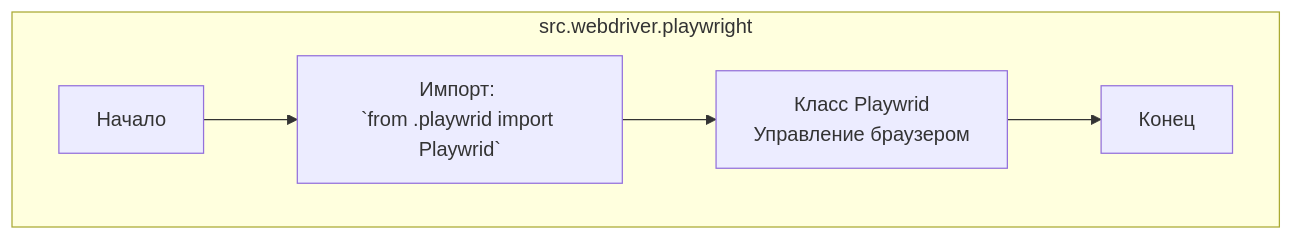
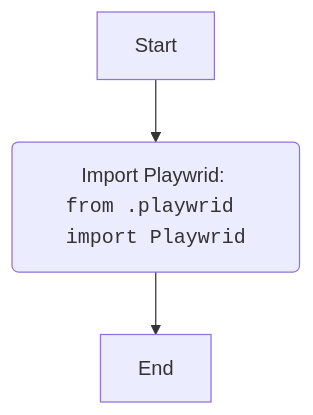
One commit to hypo69/hypo changed the second of 2 diagrams in docs/gemini/ru/explainer/src/webdriver/playwright/__init__.py.md. Above: the diagram before and after it, drawn with Mermaid. The commit also changed other lines of this file and 1505 other files, not shown here.

````diff
--- a/docs/gemini/ru/explainer/src/webdriver/playwright/__init__.py.md
+++ b/docs/gemini/ru/explainer/src/webdriver/playwright/__init__.py.md
@@ -14,8 +20,5 @@
 ```mermaid
 flowchart TD
-    subgraph src.webdriver.playwright
-        Start[Начало] --> ImportPlaywrid[Импорт: <br>`from .playwrid import Playwrid`]
-        ImportPlaywrid --> PlaywridClass[Класс Playwrid<br>Управление браузером]
-        PlaywridClass --> End[Конец]
-    end
+    A[Start] --> B(Import Playwrid: <br><code>from .playwrid import Playwrid</code>);
+    B --> C[End];
 ```
````
